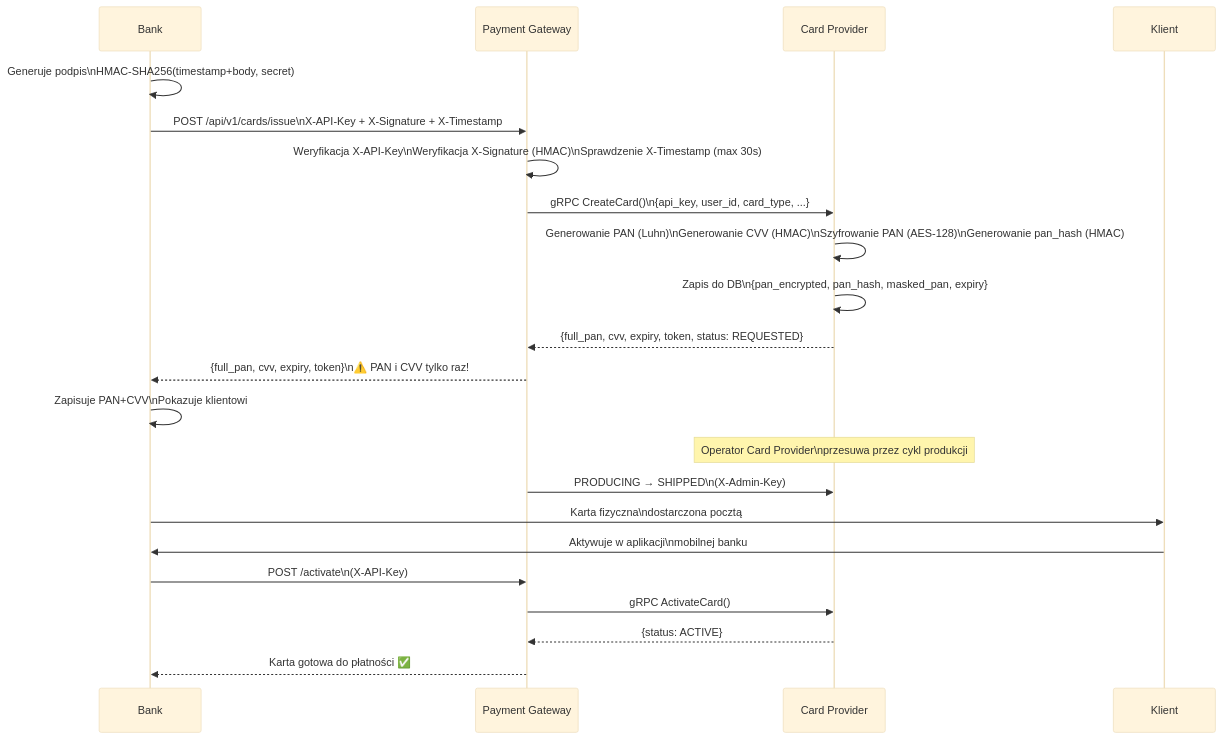
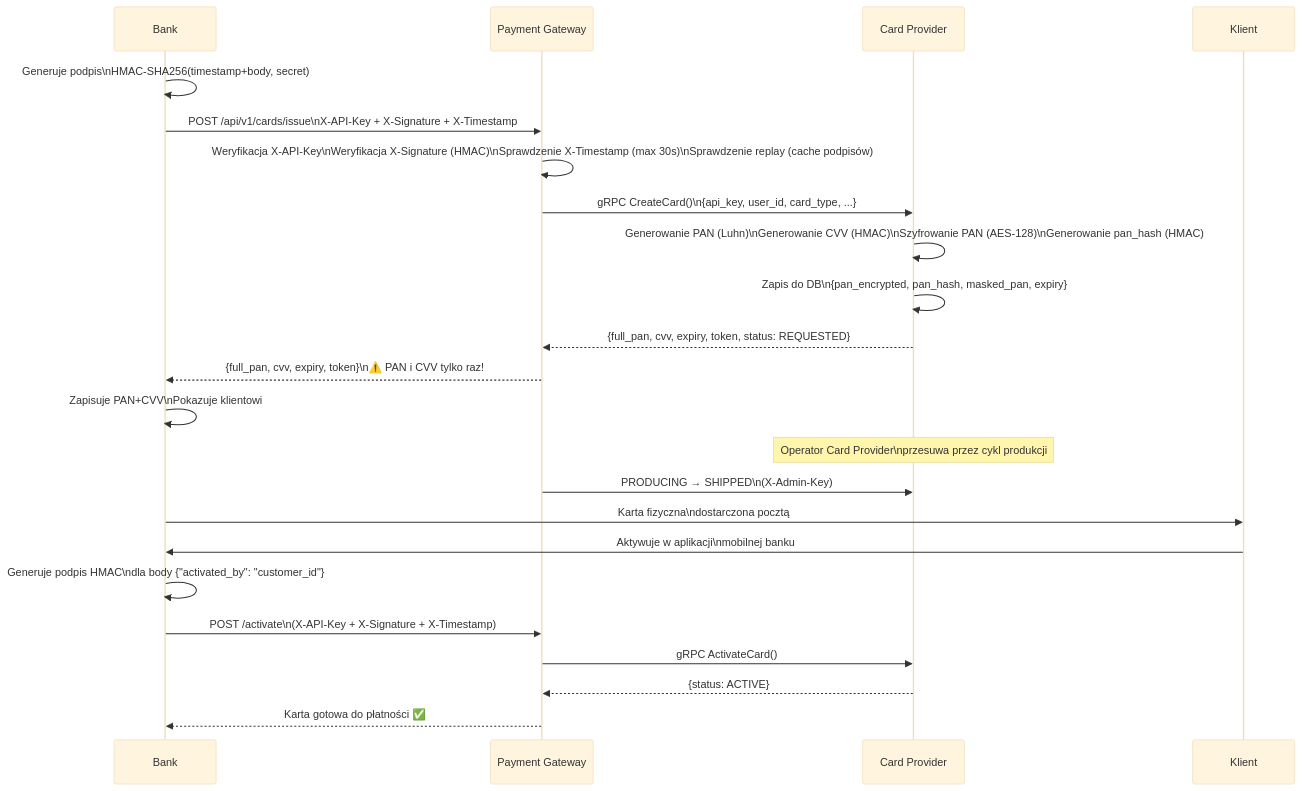
Before and after one commit to FilipSl3/Karty-Platnicze-Aplikacje-Biznesowe: the third of 6 diagrams in README.md, drawn with Mermaid (base theme). The commit also changed other lines of this file, not shown here.

````diff
--- a/README.md
+++ b/README.md
@@ -433,28 +478,29 @@
 ```mermaid
 sequenceDiagram
     participant B as Bank
     participant GW as Payment Gateway
     participant CP as Card Provider
     participant K as Klient
 
     B->>B: Generuje podpis\nHMAC-SHA256(timestamp+body, secret)
     B->>GW: POST /api/v1/cards/issue\nX-API-Key + X-Signature + X-Timestamp
-    GW->>GW: Weryfikacja X-API-Key\nWeryfikacja X-Signature (HMAC)\nSprawdzenie X-Timestamp (max 30s)
+    GW->>GW: Weryfikacja X-API-Key\nWeryfikacja X-Signature (HMAC)\nSprawdzenie X-Timestamp (max 30s)\nSprawdzenie replay (cache podpisów)
     GW->>CP: gRPC CreateCard()\n{api_key, user_id, card_type, ...}
     CP->>CP: Generowanie PAN (Luhn)\nGenerowanie CVV (HMAC)\nSzyfrowanie PAN (AES-128)\nGenerowanie pan_hash (HMAC)
     CP->>CP: Zapis do DB\n{pan_encrypted, pan_hash, masked_pan, expiry}
     CP-->>GW: {full_pan, cvv, expiry, token, status: REQUESTED}
     GW-->>B: {full_pan, cvv, expiry, token}\n⚠️ PAN i CVV tylko raz!
 
     B->>B: Zapisuje PAN+CVV\nPokazuje klientowi
 
     Note over CP: Operator Card Provider\nprzesuwa przez cykl produkcji
     GW->>CP: PRODUCING → SHIPPED\n(X-Admin-Key)
 
     B->>K: Karta fizyczna\ndostarczona pocztą
     K->>B: Aktywuje w aplikacji\nmobilnej banku
-    B->>GW: POST /activate\n(X-API-Key)
+    B->>B: Generuje podpis HMAC\ndla body {"activated_by": "customer_id"}
+    B->>GW: POST /activate\n(X-API-Key + X-Signature + X-Timestamp)
     GW->>CP: gRPC ActivateCard()
     CP-->>GW: {status: ACTIVE}
     GW-->>B: Karta gotowa do płatności ✅
 ```
````
